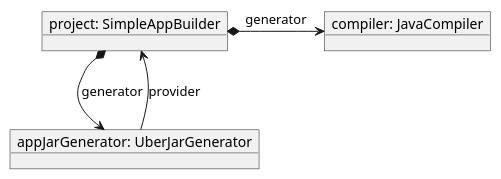
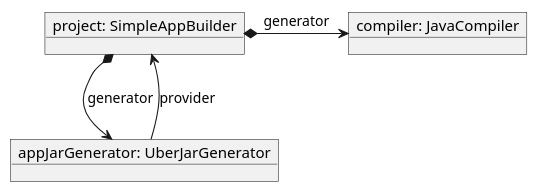
One commit to mnlipp/JDrupes-Builder changed the third of 5 diagrams in overview.md. Above: the diagram before and after it, drawn with PlantUML. The commit also changed other lines of this file, not shown here.

Commit message:
Continue.

```diff
--- a/overview.md
+++ b/overview.md
@@ -30,8 +30,10 @@
 @startuml simple-appjar-project.svg
+scale 1.075
+
 object "project: SimpleAppBuilder" as project
 object "compiler: JavaCompiler" as compiler
 object "appJarGenerator: UberJarGenerator" as appJarGenerator
 project *-right-> compiler : generator
 project *--> appJarGenerator : generator
 appJarGenerator --> project : provider
 @enduml
```
